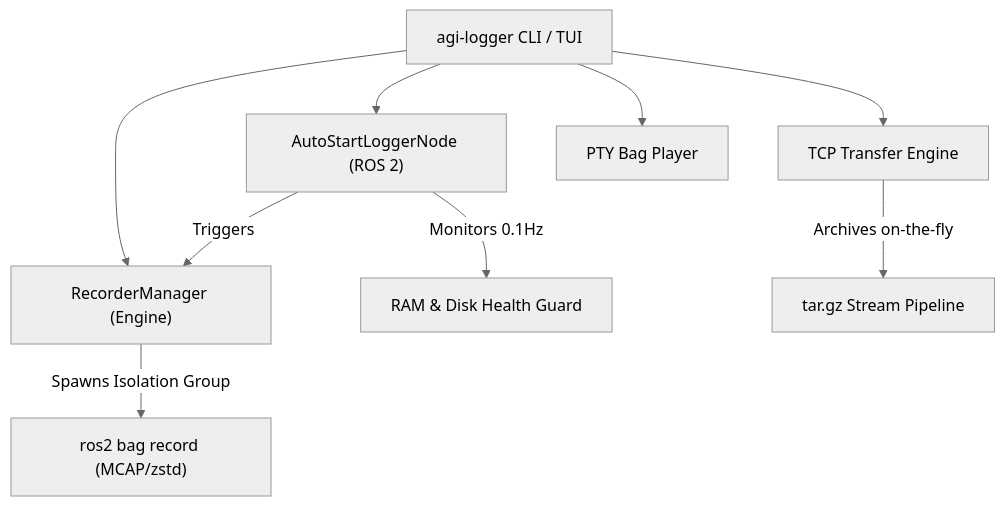
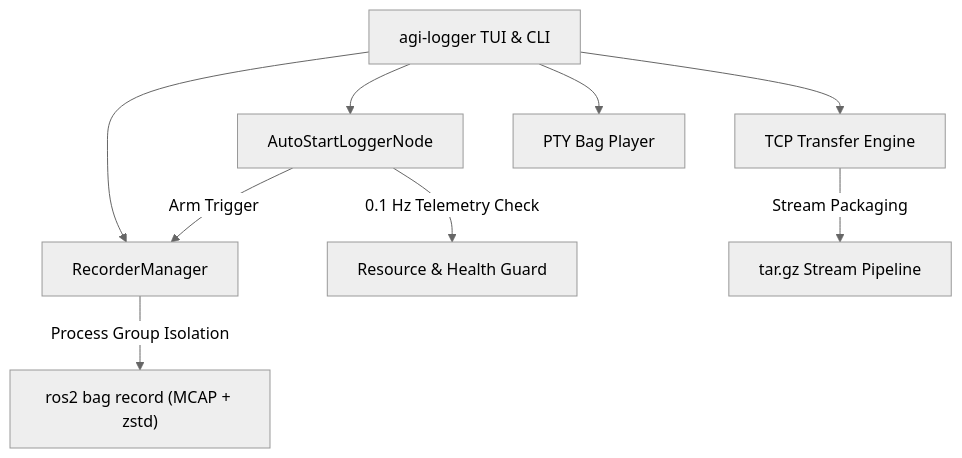
Before and after one commit to SasaKuruppuarachchi/agi_logger: the diagram in README.md, drawn with Mermaid (neutral theme). The commit also changed other lines of this file and 5 other files, not shown here.

Commit message:
feat: release v1.0 with interactive topic selection, autonomous arming triggers, resource health monitoring, and improved process isolation.

````diff
--- a/README.md
+++ b/README.md
@@ -67,12 +116,12 @@
 ```mermaid
 graph TD
-    CLI["agi-logger CLI / TUI"] --> Manager["RecorderManager (Engine)"]
-    CLI --> Node["AutoStartLoggerNode (ROS 2)"]
+    CLI["agi-logger TUI & CLI"] --> Rec["RecorderManager"]
+    CLI --> Node["AutoStartLoggerNode"]
     CLI --> TCP["TCP Transfer Engine"]
     CLI --> Player["PTY Bag Player"]
 
-    Node -->|Monitors 0.1Hz| Health["RAM & Disk Health Guard"]
-    Node -->|Triggers| Manager
-    Manager -->|Spawns Isolation Group| Rosbag["ros2 bag record (MCAP/zstd)"]
-    TCP -->|Archives on-the-fly| TarStream["tar.gz Stream Pipeline"]
+    Node -->|0.1 Hz Telemetry Check| Health["Resource & Health Guard"]
+    Node -->|Arm Trigger| Rec
+    Rec -->|Process Group Isolation| Rosbag["ros2 bag record (MCAP + zstd)"]
+    TCP -->|Stream Packaging| Tar["tar.gz Stream Pipeline"]
 ```
````
